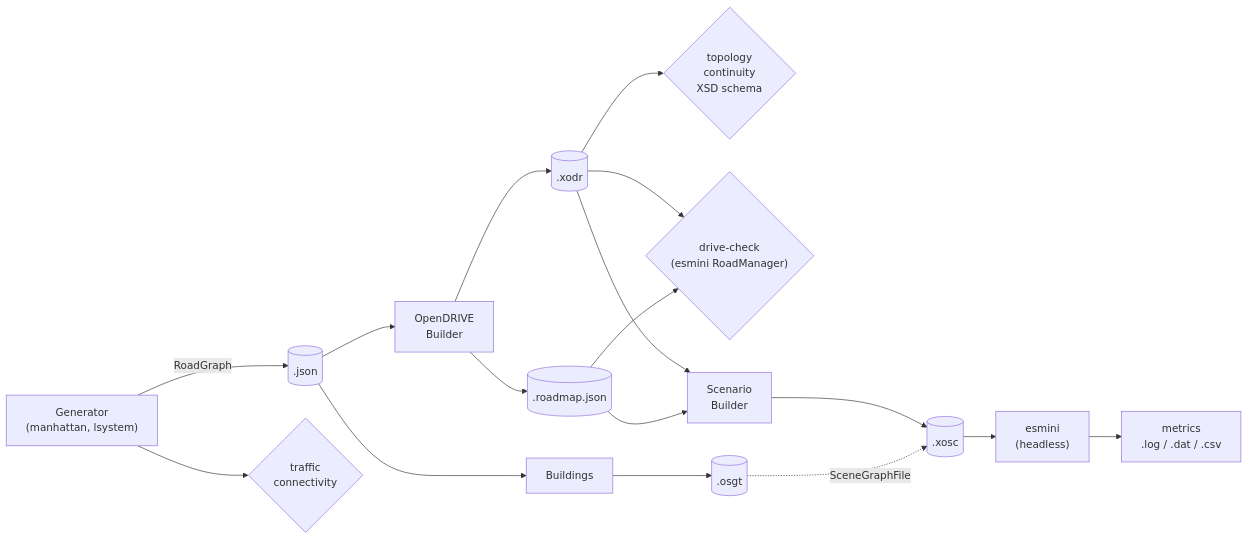
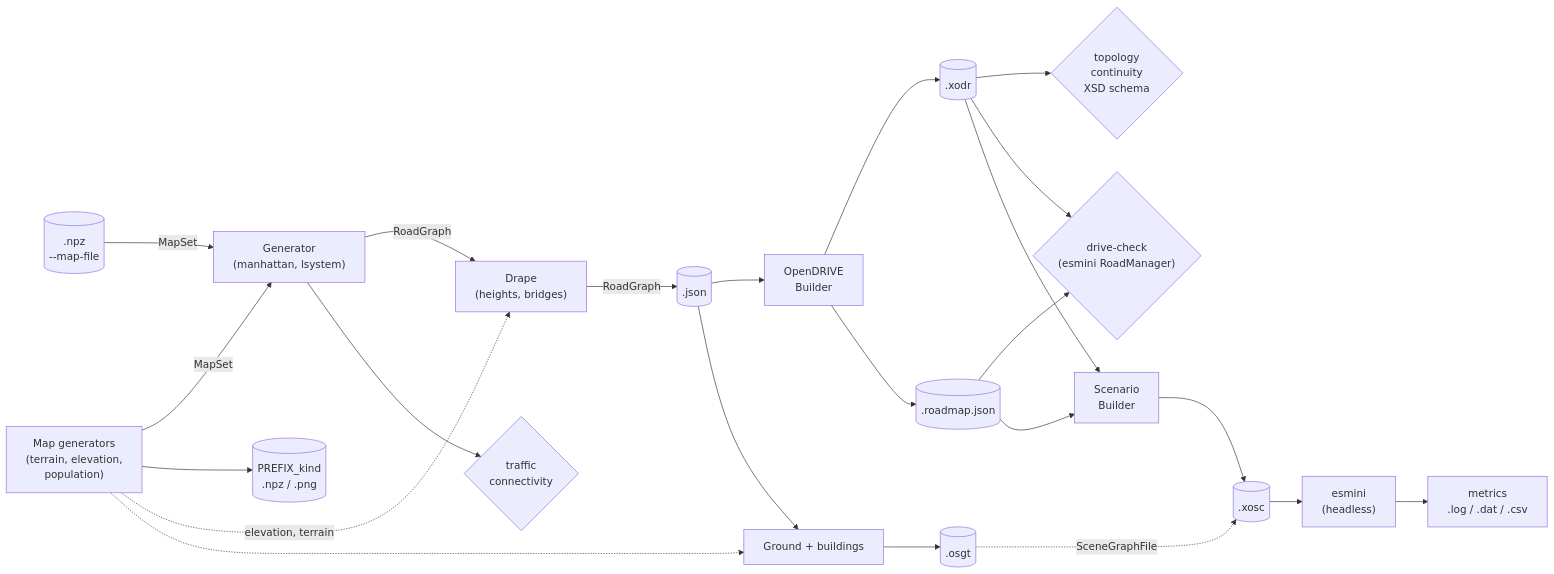
Before and after one commit to Cydonia01/Procedural-Road-Network-Generation: the first of 2 diagrams in docs/architecture.md, drawn with Mermaid. The commit also changed other lines of this file and 42 other files, not shown here.

Commit message:
implementaion pre-generation maps (terrain, elevation, and population)

````diff
--- a/docs/architecture.md
+++ b/docs/architecture.md
@@ -14,16 +14,22 @@
 ```mermaid
 flowchart LR
-    G["Generator<br/>(manhattan, lsystem)"] -->|RoadGraph| J[(".json")]
+    MP["Map generators<br/>(terrain, elevation,<br/>population)"] -->|MapSet| G
+    MI[(".npz<br/>--map-file")] -->|MapSet| G
+    MP --> MF[("PREFIX_kind<br/>.npz / .png")]
+    G["Generator<br/>(manhattan, lsystem)"] -->|RoadGraph| DR["Drape<br/>(heights, bridges)"]
+    MP -.elevation, terrain.-> DR
+    DR -->|RoadGraph| J[(".json")]
     G --> C{"traffic<br/>connectivity"}
     J --> B["OpenDRIVE<br/>Builder"]
     B --> X[(".xodr")]
     B --> M[(".roadmap.json")]
     X --> V{"topology<br/>continuity<br/>XSD schema"}
     X & M --> D{"drive-check<br/>(esmini RoadManager)"}
     X & M --> S["Scenario<br/>Builder"]
     S --> O[(".xosc")]
     O --> E["esmini<br/>(headless)"]
     E --> R["metrics<br/>.log / .dat / .csv"]
-    J --> BL["Buildings"] --> OS[(".osgt")]
+    J --> BL["Ground + buildings"] --> OS[(".osgt")]
+    MP -.-> BL
     OS -.SceneGraphFile.-> O
 ```
````
